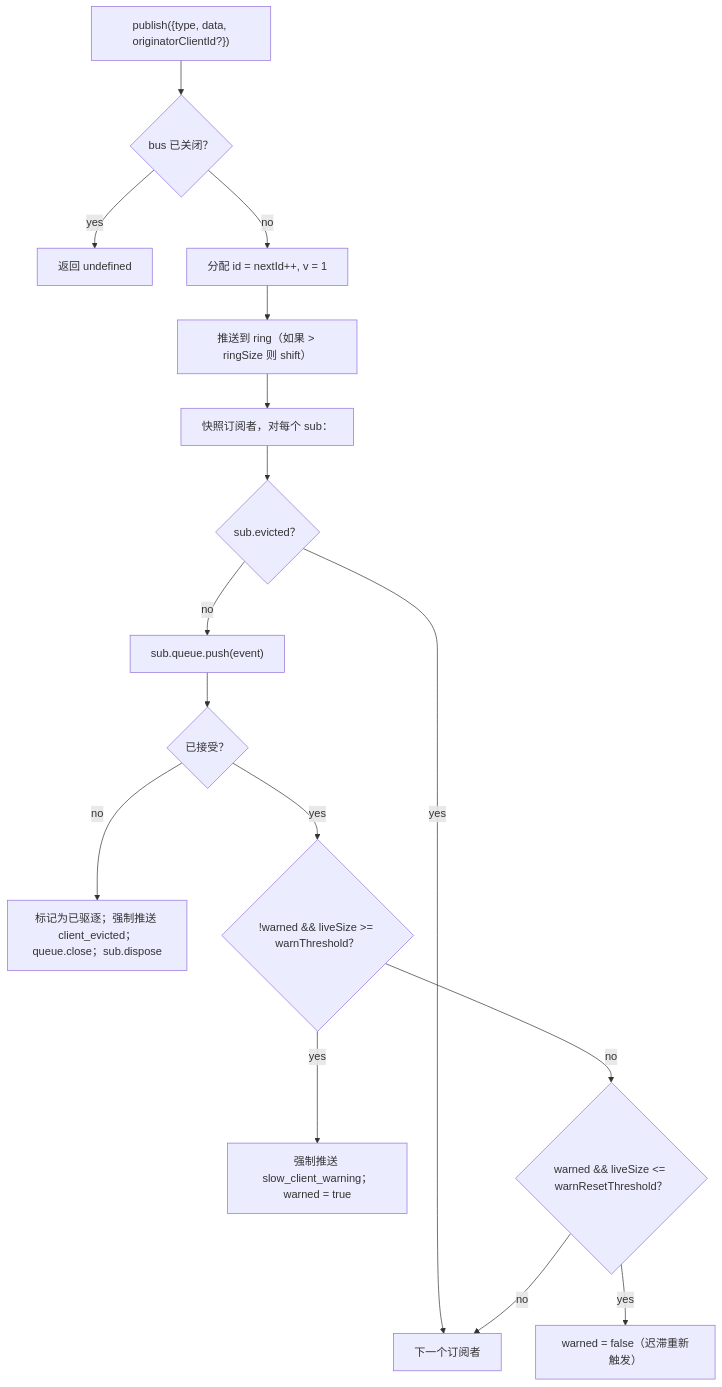
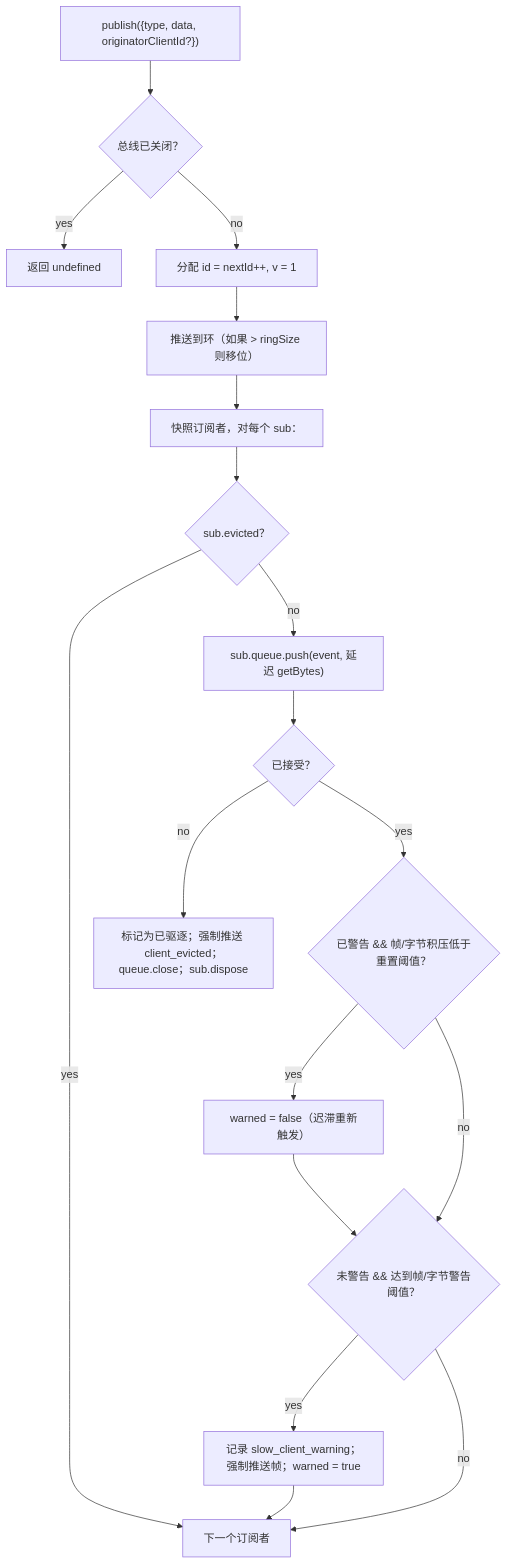
One commit to QwenLM/qwen-code-docs changed the first of 2 diagrams in website/content/zh/developers/daemon/10-event-bus.md. Above: the diagram before and after it, drawn with Mermaid. The commit also changed other lines of this file and 128 other files, not shown here.

````diff
--- a/website/content/zh/developers/daemon/10-event-bus.md
+++ b/website/content/zh/developers/daemon/10-event-bus.md
@@ -70,18 +74,20 @@
 ```mermaid
 flowchart TD
-    P["publish({type, data, originatorClientId?})"] --> C{"bus 已关闭？"}
+    P["publish({type, data, originatorClientId?})"] --> C{"总线已关闭？"}
     C -->|yes| RU["返回 undefined"]
     C -->|no| AID["分配 id = nextId++, v = 1"]
-    AID --> PR["推送到 ring（如果 > ringSize 则 shift）"]
+    AID --> PR["推送到环（如果 > ringSize 则移位）"]
     PR --> FAN["快照订阅者，对每个 sub："]
     FAN --> EVCK{"sub.evicted？"}
     EVCK -->|yes| NEXT[下一个订阅者]
-    EVCK -->|no| PUSH["sub.queue.push(event)"]
+    EVCK -->|no| PUSH["sub.queue.push(event, 延迟 getBytes)"]
     PUSH --> OK{"已接受？"}
     OK -->|no| EVICT["标记为已驱逐；强制推送 client_evicted；queue.close；sub.dispose"]
-    OK -->|yes| WARN{"!warned && liveSize >= warnThreshold？"}
-    WARN -->|yes| FW["强制推送 slow_client_warning；warned = true"]
-    WARN -->|no| RES{"warned && liveSize <= warnResetThreshold？"}
+    OK -->|yes| RES{"已警告 && 帧/字节积压低于重置阈值？"}
     RES -->|yes| RA["warned = false（迟滞重新触发）"]
-    RES -->|no| NEXT
+    RES -->|no| WARN{"未警告 && 达到帧/字节警告阈值？"}
+    RA --> WARN
+    WARN -->|yes| FW["记录 slow_client_warning；强制推送帧；warned = true"]
+    WARN -->|no| NEXT
+    FW --> NEXT
 ```
````
